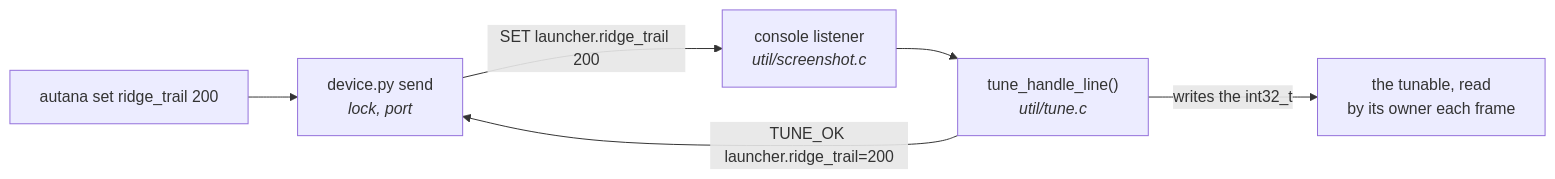
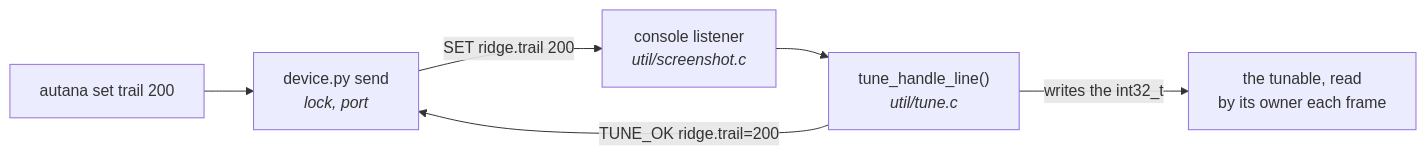
One commit to jose-villegas/autana changed the diagram in docs/tools/Live-Tuning.md. Above: the diagram before and after it, drawn with Mermaid. The commit also changed other lines of this file and 6 other files, not shown here.

````diff
--- a/docs/tools/Live-Tuning.md
+++ b/docs/tools/Live-Tuning.md
@@ -46,8 +46,8 @@
 ```mermaid
 flowchart LR
-    T["autana set ridge_trail 200"] --> D["device.py send<br/><i>lock, port</i>"]
-    D -->|"SET launcher.ridge_trail 200"| C["console listener<br/><i>util/screenshot.c</i>"]
+    T["autana set trail 200"] --> D["device.py send<br/><i>lock, port</i>"]
+    D -->|"SET ridge.trail 200"| C["console listener<br/><i>util/screenshot.c</i>"]
     C --> R["tune_handle_line()<br/><i>util/tune.c</i>"]
     R -->|"writes the int32_t"| V["the tunable, read<br/>by its owner each frame"]
-    R -->|"TUNE_OK launcher.ridge_trail=200"| D
+    R -->|"TUNE_OK ridge.trail=200"| D
 ```
````
